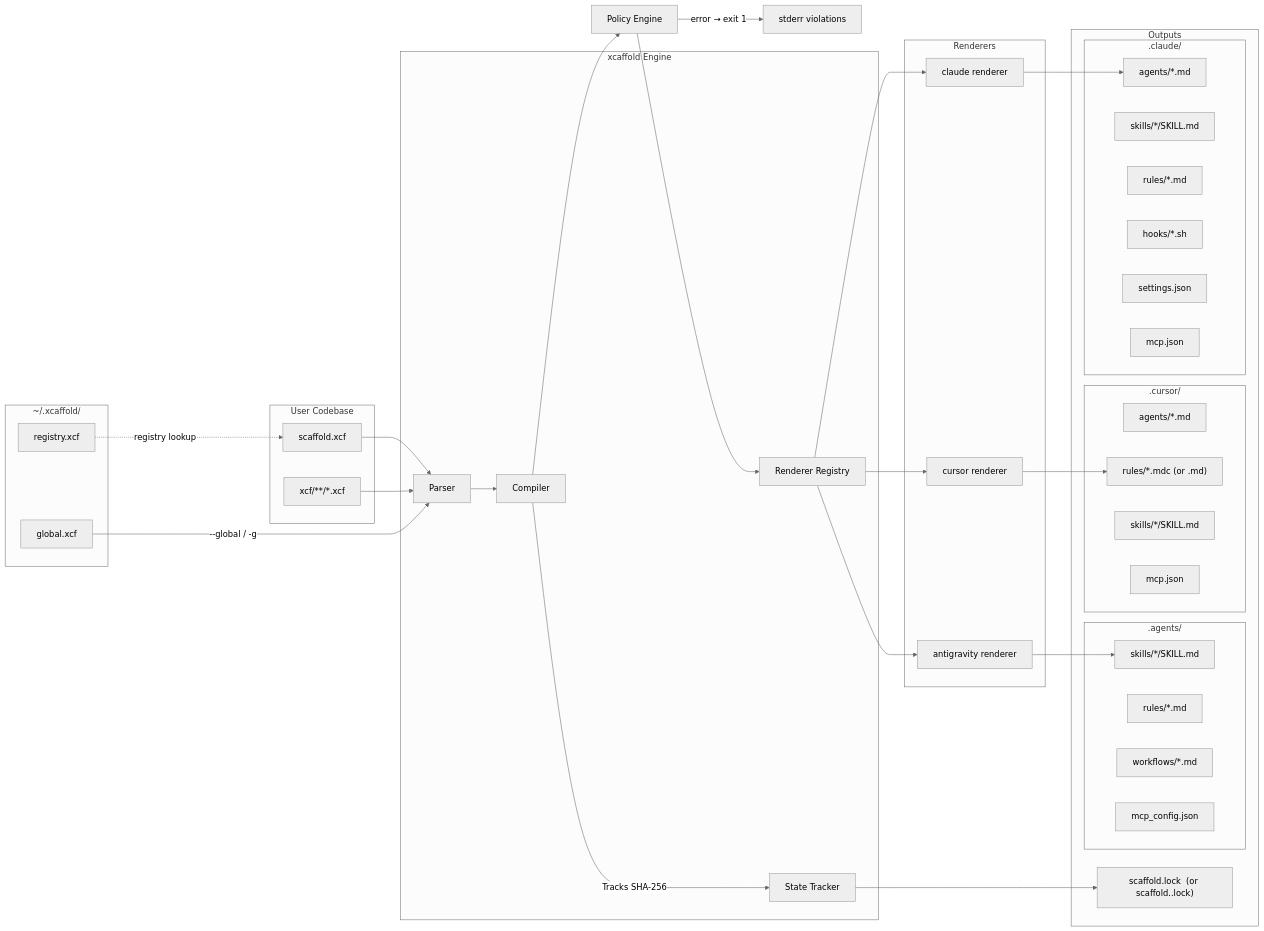
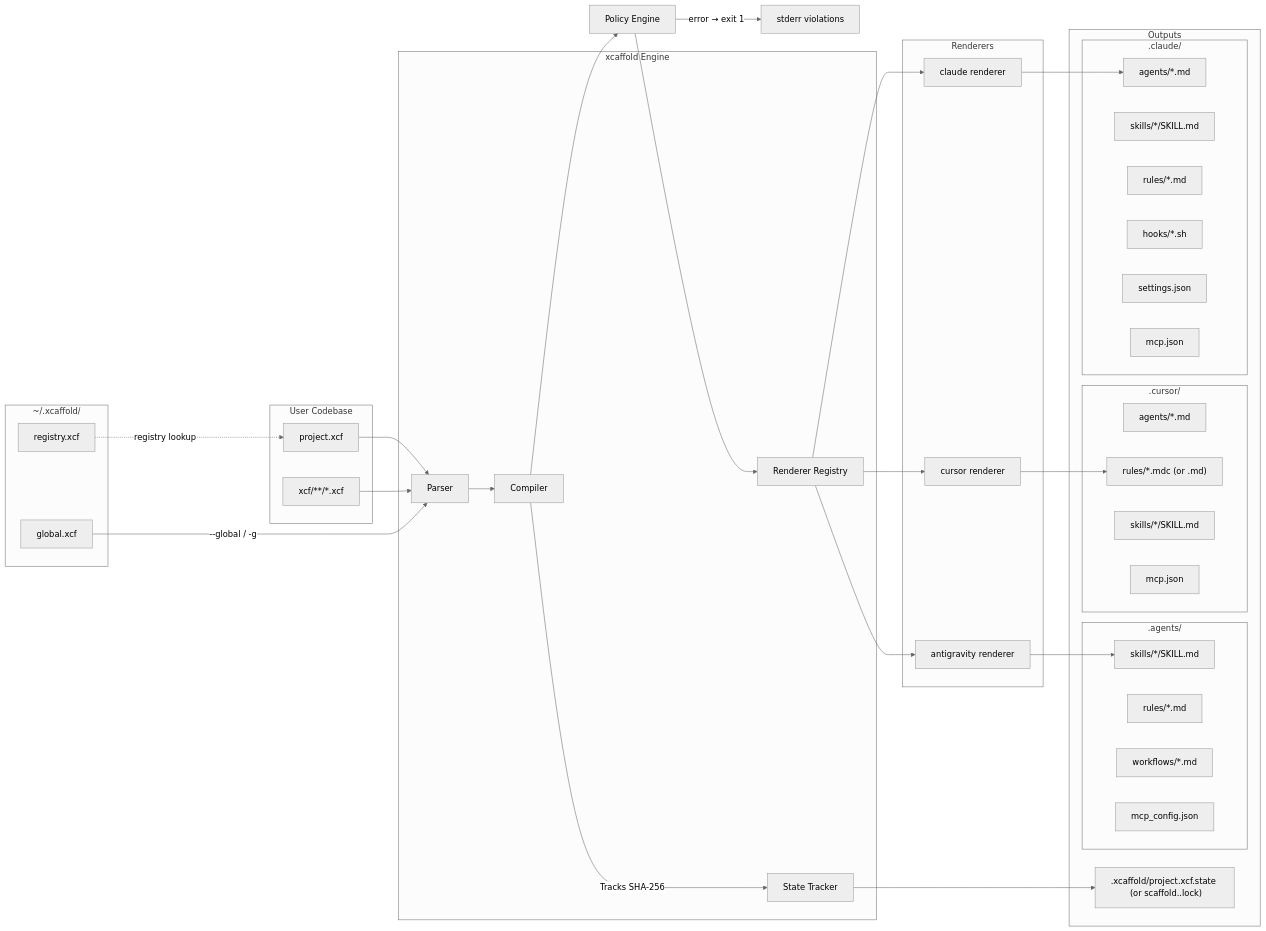
One commit to saero-ai/xcaffold changed the diagram in docs/concepts/architecture.md. Above: the diagram before and after it, drawn with Mermaid (neutral theme). The commit also changed other lines of this file and 94 other files, not shown here.

````diff
--- a/docs/concepts/architecture.md
+++ b/docs/concepts/architecture.md
@@ -14,66 +14,66 @@
 ```mermaid
 graph LR
   subgraph Global Home ["~/.xcaffold/"]
     R[registry.xcf]
     GC[global.xcf]
   end
 
   subgraph User Codebase
-    A[scaffold.xcf]
+    A[project.xcf]
     XCF["xcf/**/*.xcf"]
   end
 
   subgraph xcaffold Engine
     B[Parser]
     C[Compiler]
     D[State Tracker]
     RG[Renderer Registry]
   end
 
   subgraph Renderers
     RC[claude renderer]
     RCU[cursor renderer]
     RA[antigravity renderer]
   end
 
   subgraph Outputs
-    F["scaffold.lock  (or scaffold.<target>.lock)"]
+    F[".xcaffold/project.xcf.state  (or scaffold.<target>.lock)"]
     
     subgraph .claude/
       C1["agents/*.md"]
       C2["skills/*/SKILL.md"]
       C3["rules/*.md"]
       C4["hooks/*.sh"]
       C5["settings.json"]
       C6["mcp.json"]
     end
     
     subgraph .cursor/
       CU0["agents/*.md"]
       CU1["rules/*.mdc (or .md)"]
       CU2["skills/*/SKILL.md"]
       CU4["mcp.json"]
     end
     
     subgraph .agents/
       A1["skills/*/SKILL.md"]
       A2["rules/*.md"]
       A3["workflows/*.md"]
       A4["mcp_config.json"]
     end
   end
 
   R -..->|registry lookup| A
   GC -->|"--global / -g"| B
   A --> B
   XCF --> B
   B --> C
   C --> PE[Policy Engine]
   PE --> RG
   PE -->|"error → exit 1"| FAIL["stderr violations"]
   RG --> RC --> C1
   RG --> RCU --> CU1
   RG --> RA --> A1
   C -->|Tracks SHA-256| D
   D --> F
 ```
````
